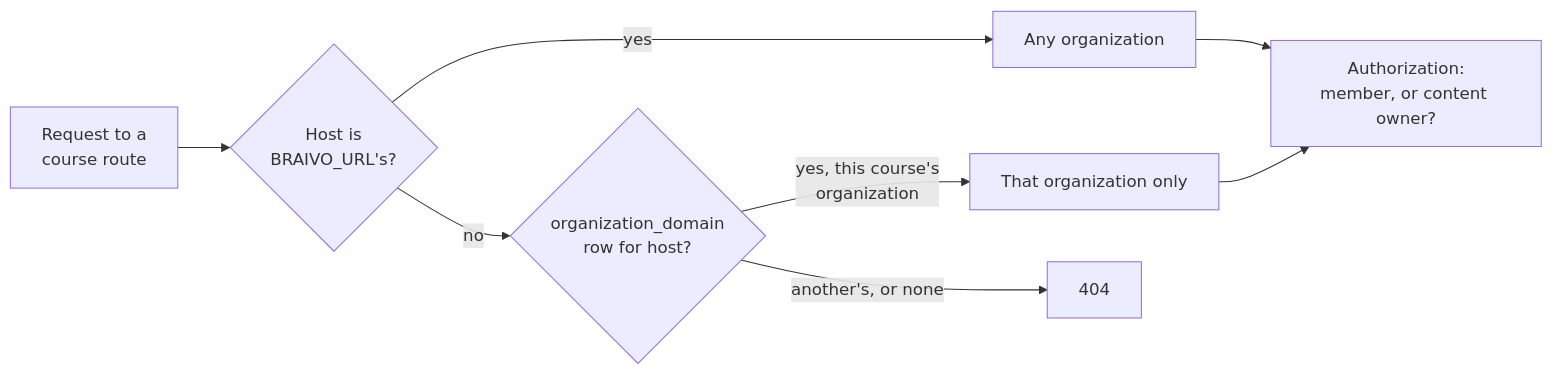
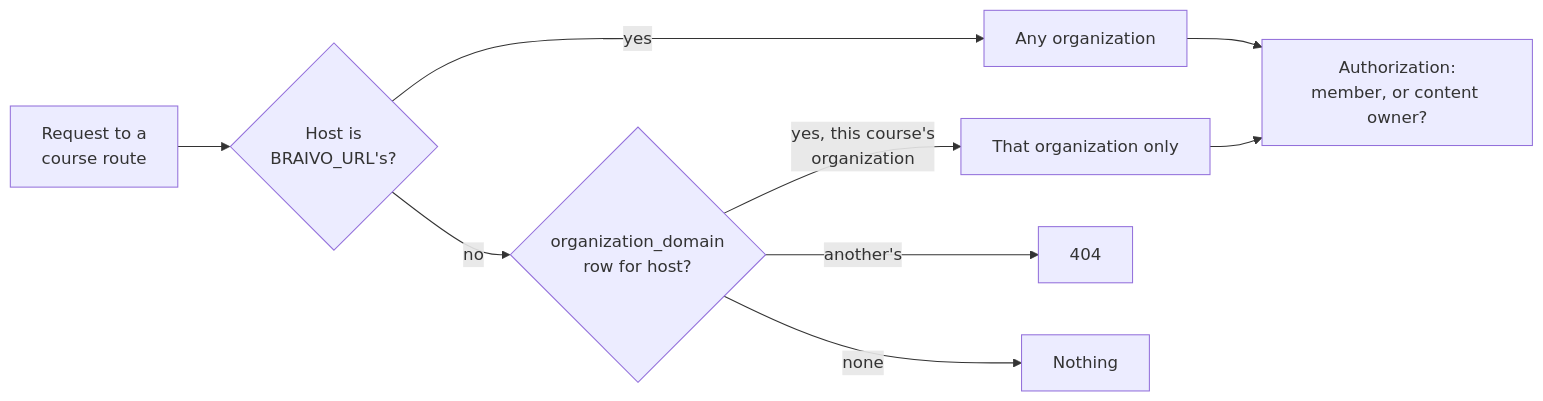
The diagram in docs/specs/white-label.md (braivo/braivo), drawn with Mermaid before and after one commit. The commit also changed other lines of this file and 1 other file, not shown here.

````diff
--- a/docs/specs/white-label.md
+++ b/docs/specs/white-label.md
@@ -26,10 +26,11 @@
 ```mermaid
 flowchart LR
   R["Request to a<br/>course route"] --> I{"Host is<br/>BRAIVO_URL's?"}
   I -->|yes| A["Any organization"]
   I -->|no| D{"organization_domain<br/>row for host?"}
   D -->|"yes, this course's<br/>organization"| O["That organization only"]
-  D -->|"another's, or none"| N["404"]
+  D -->|"another's"| N["404"]
+  D -->|none| X["Nothing"]
   A --> M["Authorization:<br/>member, or content owner?"]
   O --> M
 ```
````
